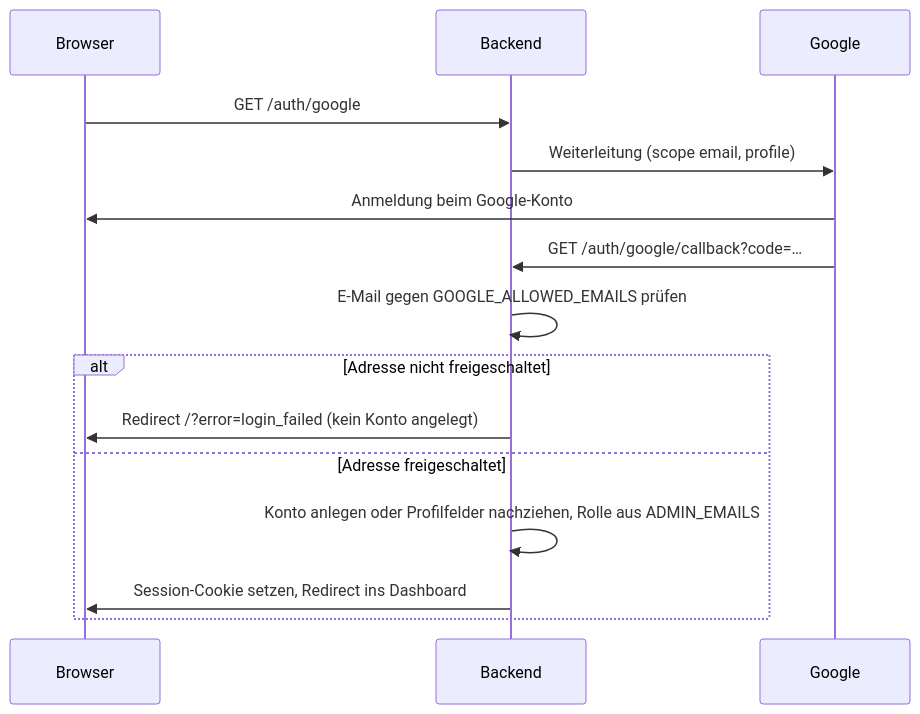
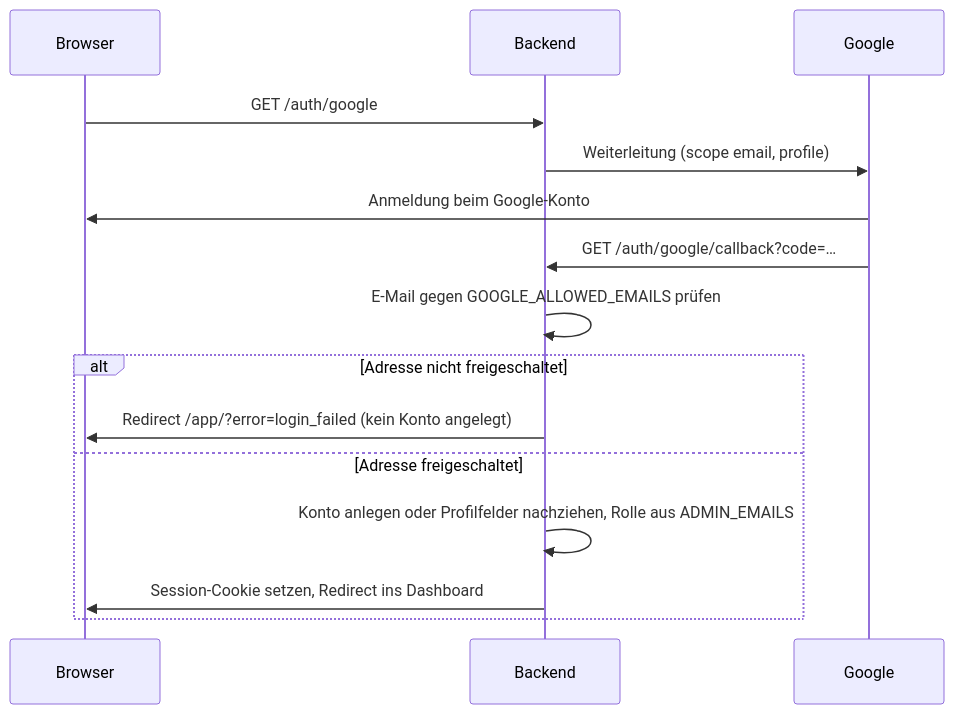
Before and after one commit to deleonio/priority-pilot: the diagram in docs/auth-setup.md, drawn with Mermaid. The commit also changed other lines of this file and 21 other files, not shown here.

First line of the commit message:
feat(website): Feature-Screenshots, Selling Points, MCP-Chat, E-Mail-Login und Direktsprung in die App

````diff
--- a/docs/auth-setup.md
+++ b/docs/auth-setup.md
@@ -80,17 +80,17 @@
 ```mermaid
 sequenceDiagram
     participant B as Browser
     participant S as Backend
     participant G as Google
     B->>S: GET /auth/google
     S->>G: Weiterleitung (scope email, profile)
     G->>B: Anmeldung beim Google-Konto
     G->>S: GET /auth/google/callback?code=…
     S->>S: E-Mail gegen GOOGLE_ALLOWED_EMAILS prüfen
     alt Adresse nicht freigeschaltet
-        S->>B: Redirect /?error=login_failed (kein Konto angelegt)
+        S->>B: Redirect /app/?error=login_failed (kein Konto angelegt)
     else Adresse freigeschaltet
         S->>S: Konto anlegen oder Profilfelder nachziehen, Rolle aus ADMIN_EMAILS
         S->>B: Session-Cookie setzen, Redirect ins Dashboard
     end
 ```
````
